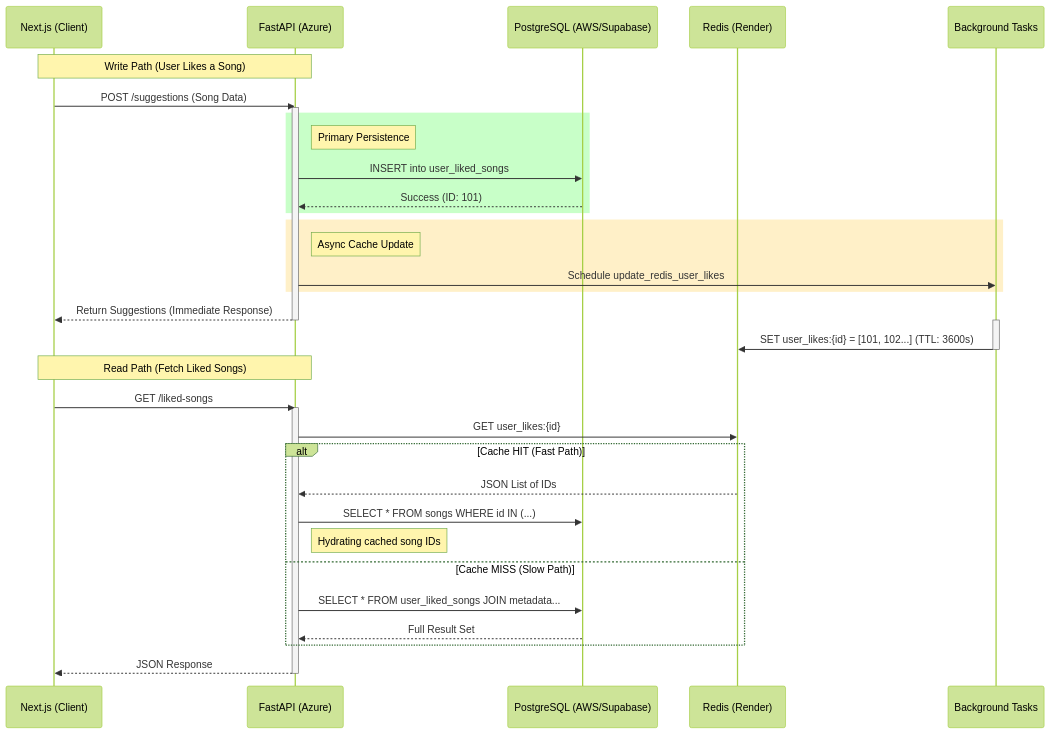
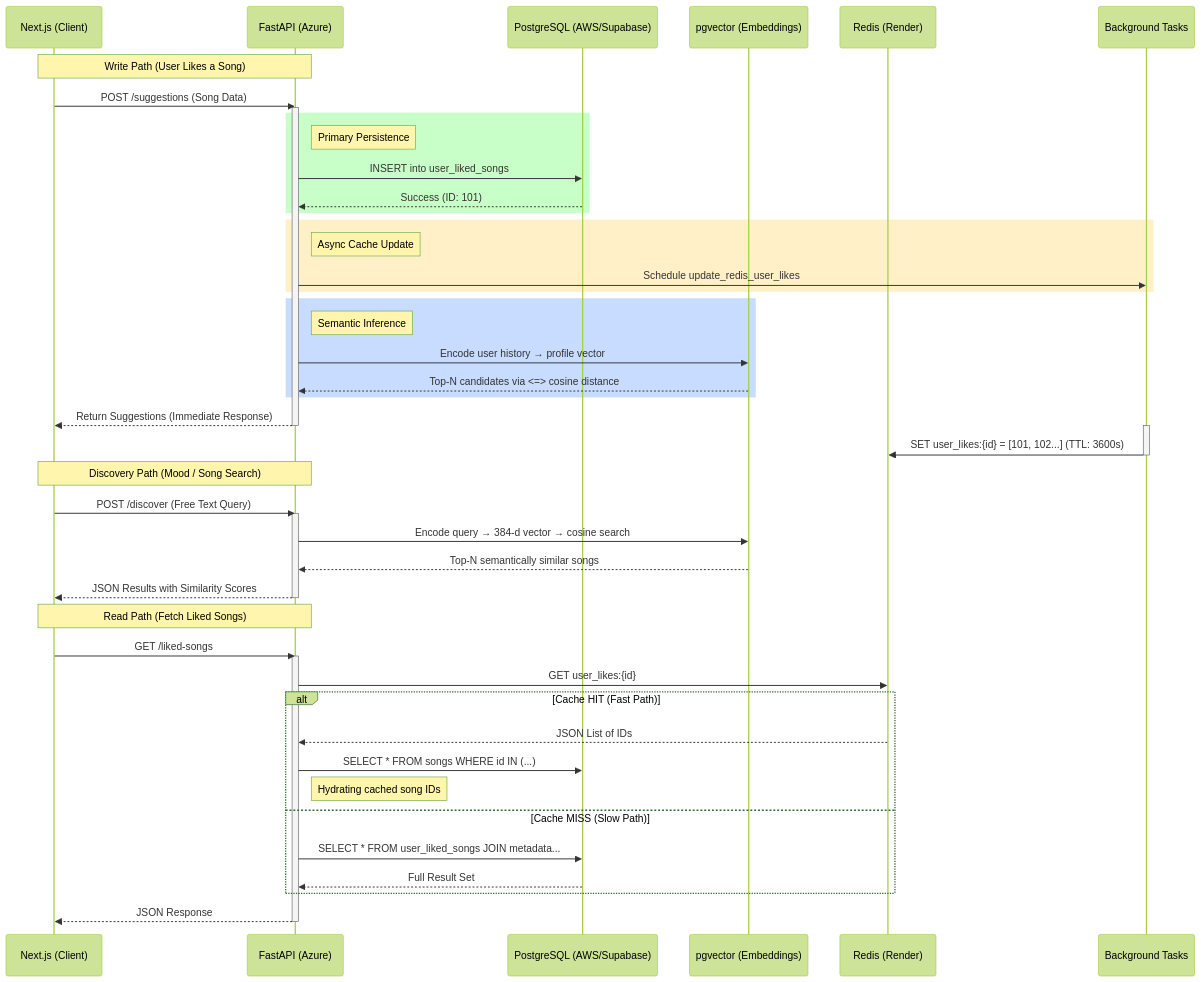
One commit to Agrannya-Singh/Tune_Trace_backend changed the second of 3 diagrams in whitepaper.md. Above: the diagram before and after it, drawn with Mermaid (forest theme). The commit also changed other lines of this file and 12 other files, not shown here.

````diff
--- a/whitepaper.md
+++ b/whitepaper.md
@@ -61,48 +60,62 @@
 ```mermaid
 sequenceDiagram
     participant FE as Next.js (Client)
     participant API as FastAPI (Azure)
     participant DB as PostgreSQL (AWS/Supabase)
+    participant PGV as pgvector (Embeddings)
     participant Cache as Redis (Render)
     participant BG as Background Tasks
 
     Note over FE, API: Write Path (User Likes a Song)
     FE->>API: POST /suggestions (Song Data)
     activate API
     
     rect rgb(200, 255, 200)
         Note right of API: Primary Persistence
         API->>DB: INSERT into user_liked_songs
         DB-->>API: Success (ID: 101)
     end
 
     rect rgb(255, 240, 200)
         Note right of API: Async Cache Update
         API->>BG: Schedule update_redis_user_likes
     end
     
+    rect rgb(200, 220, 255)
+        Note right of API: Semantic Inference
+        API->>PGV: Encode user history → profile vector
+        PGV-->>API: Top-N candidates via <=> cosine distance
+    end
+
     API-->>FE: Return Suggestions (Immediate Response)
     deactivate API
 
     activate BG
     BG->>Cache: SET user_likes:{id} = [101, 102...] (TTL: 3600s)
     deactivate BG
+
+    Note over FE, API: Discovery Path (Mood / Song Search)
+    FE->>API: POST /discover (Free Text Query)
+    activate API
+    API->>PGV: Encode query → 384-d vector → cosine search
+    PGV-->>API: Top-N semantically similar songs
+    API-->>FE: JSON Results with Similarity Scores
+    deactivate API
 
     Note over FE, API: Read Path (Fetch Liked Songs)
     FE->>API: GET /liked-songs
     activate API
     
     API->>Cache: GET user_likes:{id}
     alt Cache HIT (Fast Path)
         Cache-->>API: JSON List of IDs
         API->>DB: SELECT * FROM songs WHERE id IN (...)
         Note right of API: Hydrating cached song IDs
     else Cache MISS (Slow Path)
         API->>DB: SELECT * FROM user_liked_songs JOIN metadata...
         DB-->>API: Full Result Set
     end
     
     API-->>FE: JSON Response
     deactivate API
-
 ```
````
